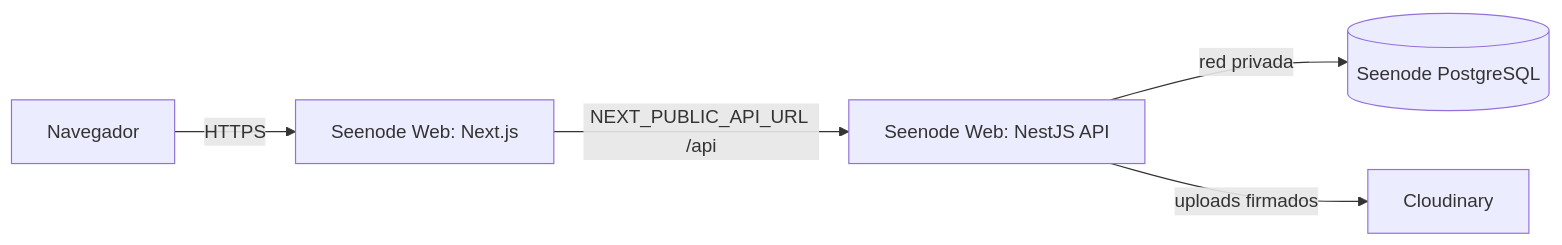
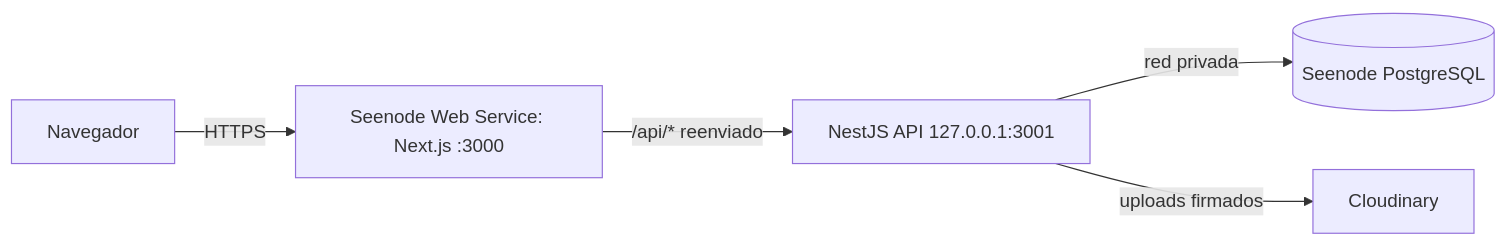
One commit to Professional-and-Personal-Branding/reto-constancia-mvp changed the diagram in README.md. Above: the diagram before and after it, drawn with Mermaid. The commit also changed other lines of this file and 6 other files, not shown here.

````diff
--- a/README.md
+++ b/README.md
@@ -160,7 +163,7 @@
 ```mermaid
 flowchart LR
-  user[Navegador] -->|HTTPS| feWeb[Seenode Web: Next.js]
-  feWeb -->|"NEXT_PUBLIC_API_URL /api"| beWeb[Seenode Web: NestJS API]
-  beWeb -->|red privada| pg[(Seenode PostgreSQL)]
-  beWeb -->|uploads firmados| cloud[Cloudinary]
+  user[Navegador] -->|HTTPS| web[Seenode Web Service: Next.js :3000]
+  web -->|"/api/* reenviado"| api["NestJS API 127.0.0.1:3001"]
+  api -->|red privada| pg[(Seenode PostgreSQL)]
+  api -->|uploads firmados| cloud[Cloudinary]
 ```
````
